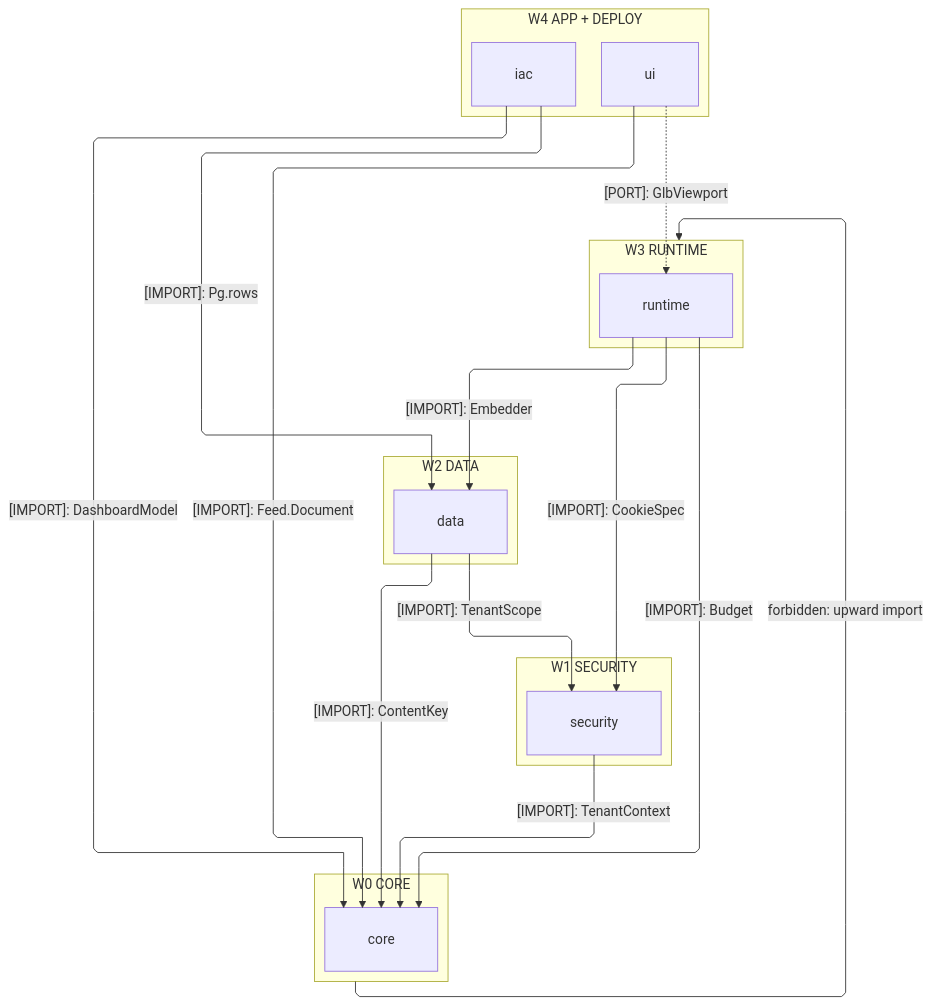
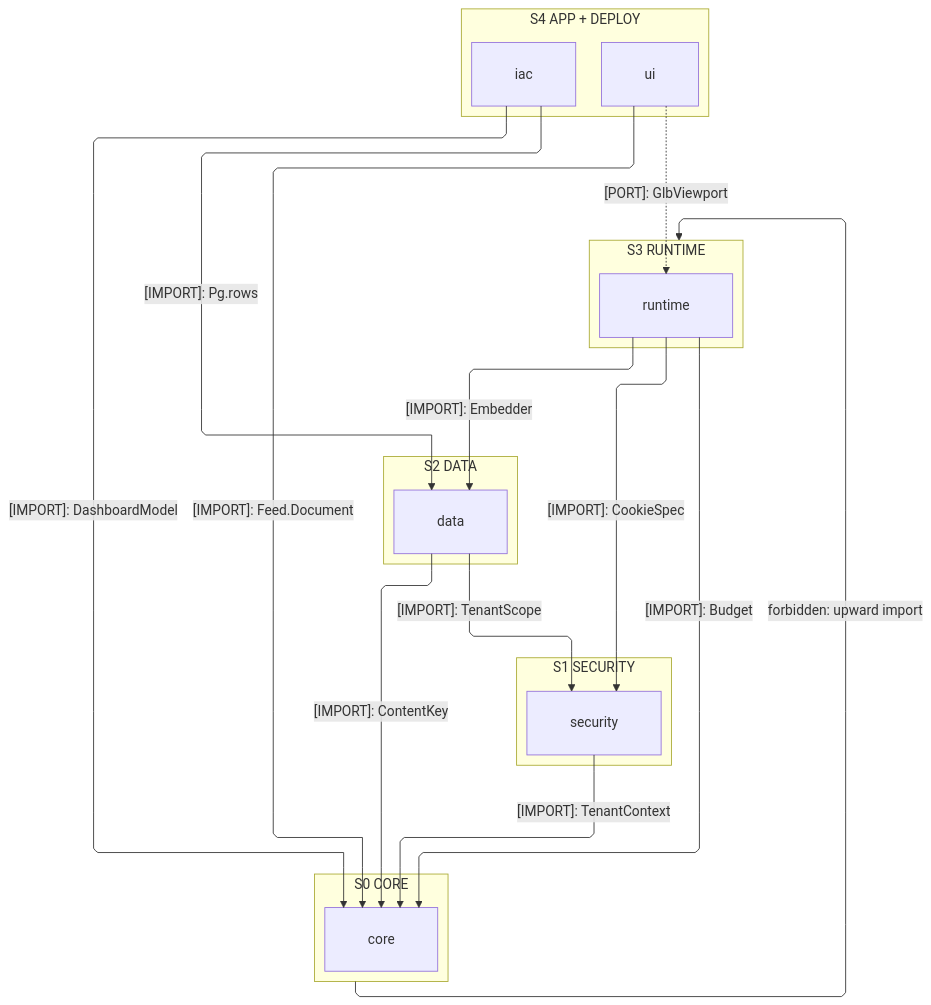
Before and after one commit to bsamiee/Rasm: the first of 4 diagrams in libs/typescript/.planning/ARCHITECTURE.md, drawn with Mermaid. The commit also changed other lines of this file and 383 other files, not shown here.

````diff
--- a/libs/typescript/.planning/ARCHITECTURE.md
+++ b/libs/typescript/.planning/ARCHITECTURE.md
@@ -27,39 +28,39 @@
 ```mermaid
 ---
 config:
   layout: elk
   flowchart:
     curve: linear
     padding: 25
 ---
 flowchart TB
     accTitle: TypeScript branch import strata
-    accDescr: Five import waves — ui and iac over runtime over data over security onto the core foundation — every wave importing downward only, each labeled import naming one sourced surface, iac composing data and core directly, ui reaching runtime through its dashed GlbViewport port binding rather than an import, and one forbidden upward edge naming the rejected direction.
-    subgraph W4["W4 APP + DEPLOY"]
+    accDescr: Five import strata onto the core foundation; imports point downward, and ui reaches runtime only through its GlbViewport port binding.
+    subgraph S4["S4 APP + DEPLOY"]
         Ui[ui]
         Iac[iac]
     end
-    subgraph W3["W3 RUNTIME"]
+    subgraph S3["S3 RUNTIME"]
         Runtime[runtime]
     end
-    subgraph W2["W2 DATA"]
+    subgraph S2["S2 DATA"]
         Data[data]
     end
-    subgraph W1["W1 SECURITY"]
+    subgraph S1["S1 SECURITY"]
         Security[security]
     end
-    subgraph W0["W0 CORE"]
+    subgraph S0["S0 CORE"]
         Core[core]
     end
     Ui e1@-.->|"[PORT]: GlbViewport"| Runtime
     Iac e2@-->|"[IMPORT]: Pg.rows"| Data
     Runtime e3@-->|"[IMPORT]: CookieSpec"| Security
     Runtime e4@-->|"[IMPORT]: Embedder"| Data
     Data e5@-->|"[IMPORT]: TenantScope"| Security
     Ui e6@-->|"[IMPORT]: Feed.Document"| Core
     Iac e7@-->|"[IMPORT]: DashboardModel"| Core
     Runtime e8@-->|"[IMPORT]: Budget"| Core
     Data e9@-->|"[IMPORT]: ContentKey"| Core
     Security e10@-->|"[IMPORT]: TenantContext"| Core
-    W0 f1@-->|"forbidden: upward import"| W3
+    S0 f1@-->|"forbidden: upward import"| S3
 ```
````
